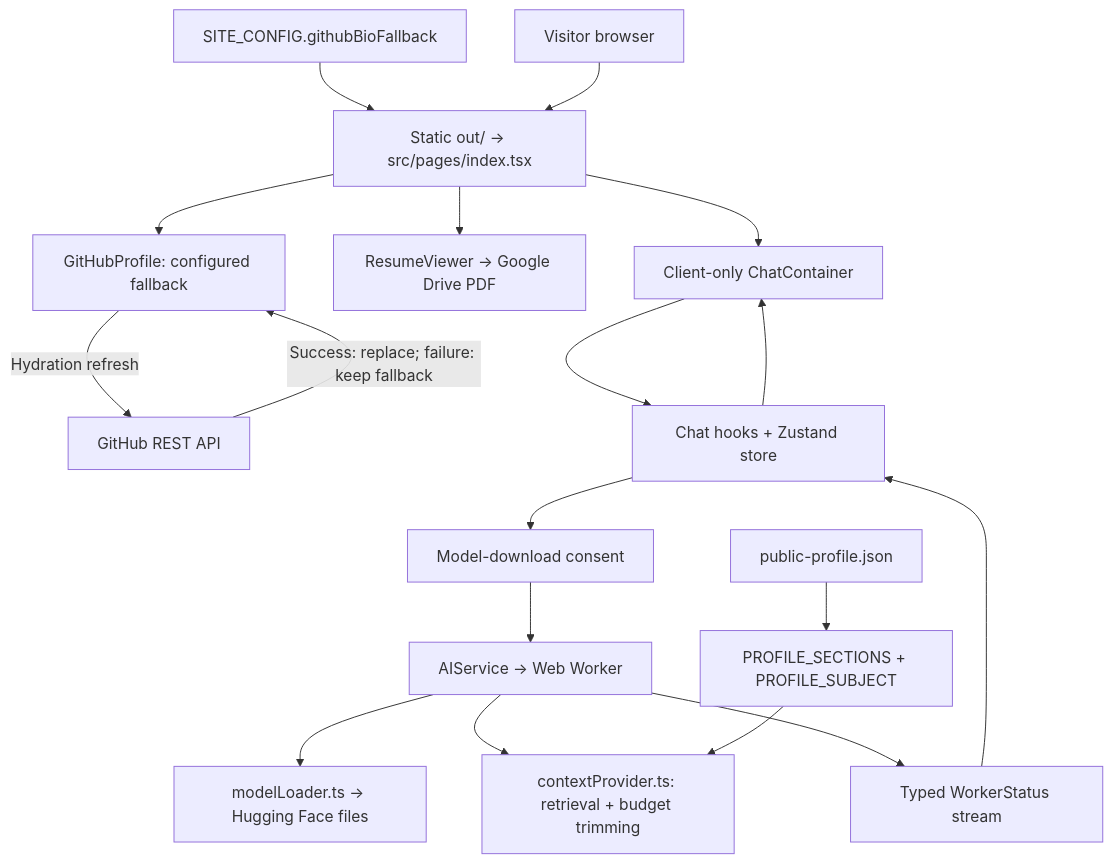
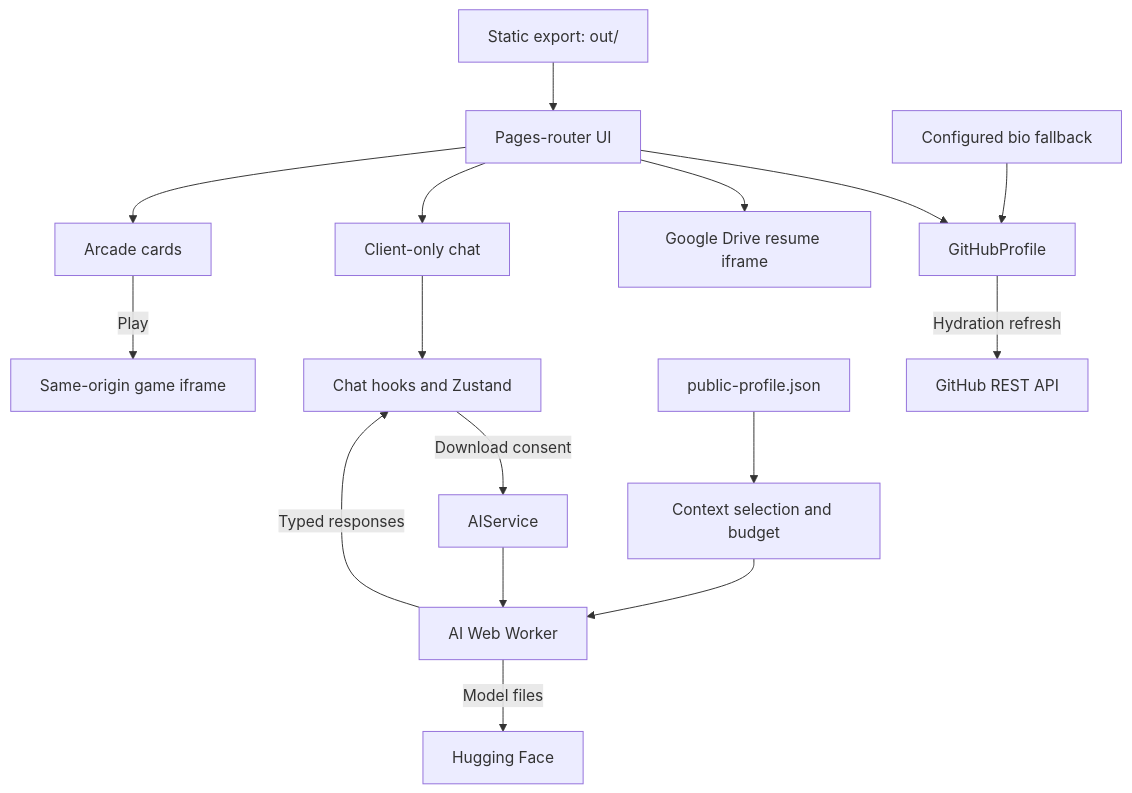
One commit to justinthelaw/justinthelaw changed the first of 4 diagrams in docs/DIAGRAMS.md. Above: the diagram before and after it, drawn with Mermaid. The commit also changed other lines of this file and 164 other files, not shown here.

````diff
--- a/docs/DIAGRAMS.md
+++ b/docs/DIAGRAMS.md
@@ -9,20 +9,18 @@
 ```mermaid
 flowchart TD
-  config["SITE_CONFIG.githubBioFallback"] --> page["Static out/ → src/pages/index.tsx"]
-  visitor["Visitor browser"] --> page
-  page --> profile["GitHubProfile: configured fallback"]
-  profile -->|"Hydration refresh"| github["GitHub REST API"]
-  github -->|"Success: replace; failure: keep fallback"| profile
-  page --> resume["ResumeViewer → Google Drive PDF"]
-  page --> chat["Client-only ChatContainer"]
-  chat --> hooks["Chat hooks + Zustand store"]
-  hooks --> consent["Model-download consent"]
-  consent --> service["AIService → Web Worker"]
-  service --> loader["modelLoader.ts → Hugging Face files"]
-  service --> context["contextProvider.ts: retrieval + budget trimming"]
-  facts["public-profile.json"] --> sections["PROFILE_SECTIONS + PROFILE_SUBJECT"]
-  sections --> context
-  service --> stream["Typed WorkerStatus stream"]
-  stream --> hooks
-  hooks --> chat
+  export["Static export: out/"] --> pages["Pages-router UI"]
+  pages --> profile["GitHubProfile"]
+  fallback["Configured bio fallback"] --> profile
+  profile -->|Hydration refresh| github["GitHub REST API"]
+  pages --> resume["Google Drive resume iframe"]
+  pages --> chat["Client-only chat"]
+  pages --> arcade["Arcade cards"]
+  chat --> hooks["Chat hooks and Zustand"]
+  hooks -->|Download consent| service["AIService"]
+  service --> worker["AI Web Worker"]
+  worker -->|Model files| hub["Hugging Face"]
+  facts["public-profile.json"] --> context["Context selection and budget"]
+  context --> worker
+  worker -->|Typed responses| hooks
+  arcade -->|Play| player["Same-origin game iframe"]
 ```
````
